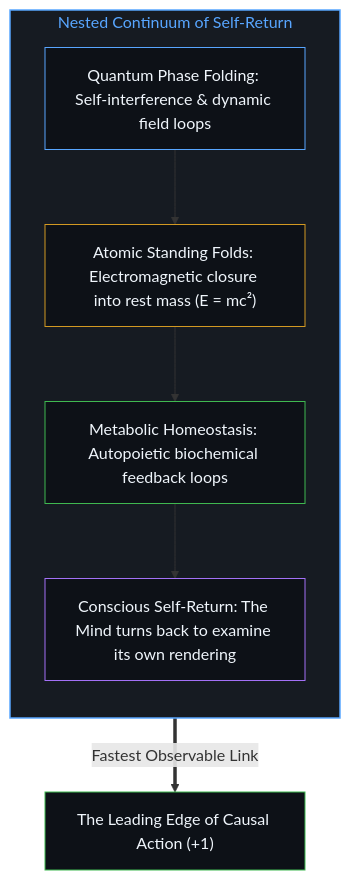
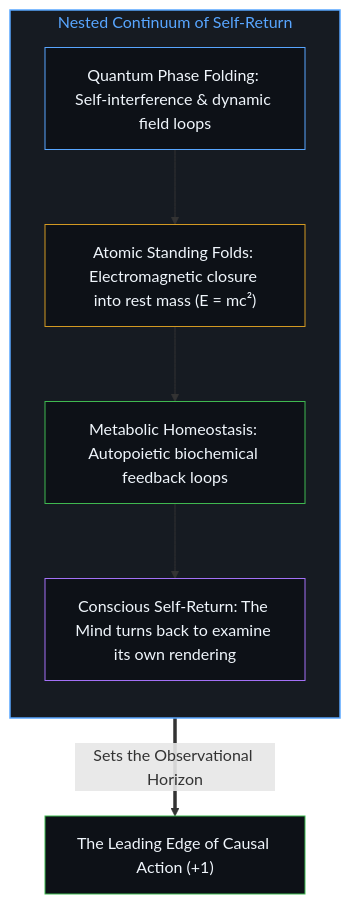
One commit to powerpig99/not-a-toe changed the second of 10 diagrams in content/posts/the-velocity-of-visibility.md. Above: the diagram before and after it, drawn with Mermaid. The commit also changed other lines of this file and 6 other files, not shown here.

````diff
--- a/content/posts/the-velocity-of-visibility.md
+++ b/content/posts/the-velocity-of-visibility.md
@@ -38,18 +38,18 @@
 ```mermaid
 flowchart TD
     subgraph S_Fold["Nested Continuum of Self-Return"]
         direction TB
         QuantumFold["Quantum Phase Folding: Self-interference & dynamic field loops"]
         AtomicFold["Atomic Standing Folds: Electromagnetic closure into rest mass (E = mc²)"]
         BioFold["Metabolic Homeostasis: Autopoietic biochemical feedback loops"]
         MindFold["Conscious Self-Return: The Mind turns back to examine its own rendering"]
         QuantumFold --> AtomicFold --> BioFold --> MindFold
     end
-    MindFold ==>|"Fastest Observable Link"| LeadingEdge["The Leading Edge of Causal Action (+1)"]
+    MindFold ==>|"Sets the Observational Horizon"| LeadingEdge["The Leading Edge of Causal Action (+1)"]
     style S_Fold fill:#161b22,stroke:#58a6ff,stroke-width:1.5px,color:#58a6ff
     style QuantumFold fill:#0d1117,stroke:#58a6ff,stroke-width:1px,color:#f0f6fc
     style AtomicFold fill:#0d1117,stroke:#d29922,stroke-width:1px,color:#f0f6fc
     style BioFold fill:#0d1117,stroke:#3fb950,stroke-width:1px,color:#f0f6fc
     style MindFold fill:#0d1117,stroke:#a371f7,stroke-width:1px,color:#f0f6fc
     style LeadingEdge fill:#0d1117,stroke:#3fb950,stroke-width:1px,color:#f0f6fc
 ```
````
